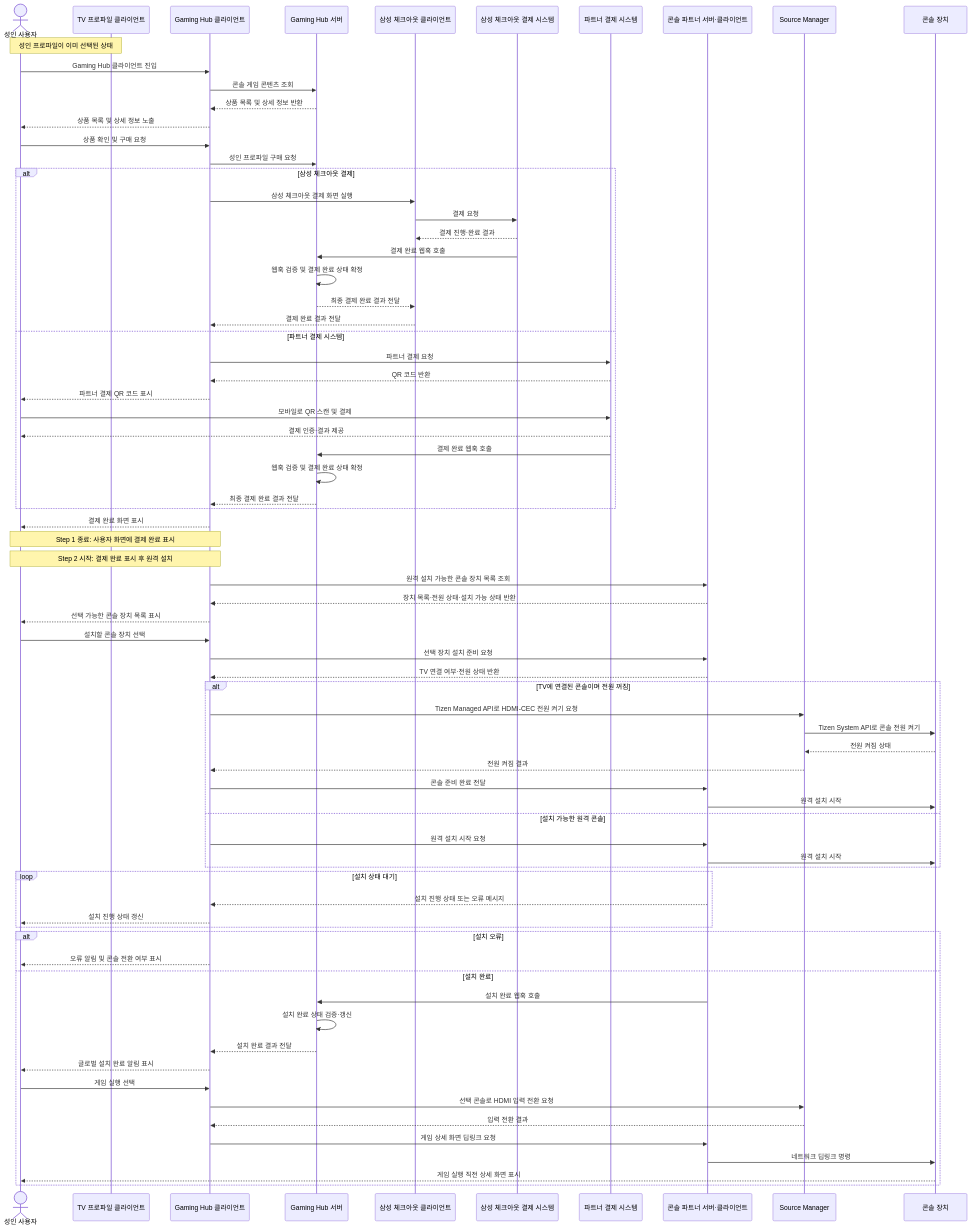
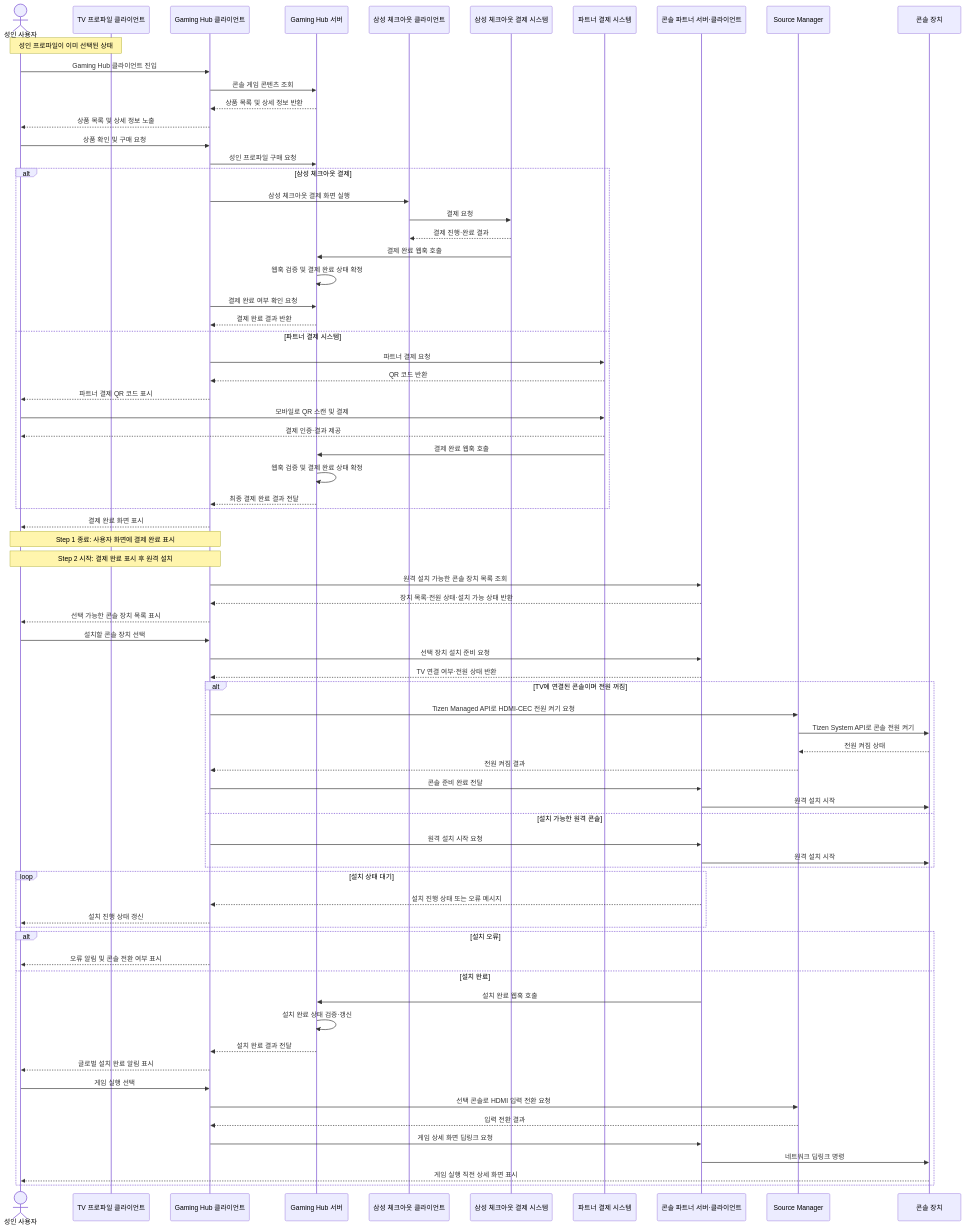
The second of 5 diagrams in docs/decision-point-2-architecture.md (seock04/gaming-hub-console-content), drawn with Mermaid before and after one commit.

Commit message:
Use client status check after checkout webhook

````diff
--- a/docs/decision-point-2-architecture.md
+++ b/docs/decision-point-2-architecture.md
@@ -105,77 +105,77 @@
 ```mermaid
 sequenceDiagram
     actor User as 성인 사용자
     participant Profile as TV 프로파일 클라이언트
     participant HubClient as Gaming Hub 클라이언트
     participant Hub as Gaming Hub 서버
     participant CheckoutClient as 삼성 체크아웃 클라이언트
     participant CheckoutServer as 삼성 체크아웃 결제 시스템
     participant PartnerPay as 파트너 결제 시스템
     participant Partner as 콘솔 파트너 서버·클라이언트
     participant SourceManager as Source Manager
     participant Console as 콘솔 장치
 
     Note over User,Profile: 성인 프로파일이 이미 선택된 상태
     User->>HubClient: Gaming Hub 클라이언트 진입
     HubClient->>Hub: 콘솔 게임 콘텐츠 조회
     Hub-->>HubClient: 상품 목록 및 상세 정보 반환
     HubClient-->>User: 상품 목록 및 상세 정보 노출
     User->>HubClient: 상품 확인 및 구매 요청
     HubClient->>Hub: 성인 프로파일 구매 요청
     alt 삼성 체크아웃 결제
         HubClient->>CheckoutClient: 삼성 체크아웃 결제 화면 실행
         CheckoutClient->>CheckoutServer: 결제 요청
         CheckoutServer-->>CheckoutClient: 결제 진행·완료 결과
         CheckoutServer->>Hub: 결제 완료 웹훅 호출
         Hub->>Hub: 웹훅 검증 및 결제 완료 상태 확정
-        Hub-->>CheckoutClient: 최종 결제 완료 결과 전달
-        CheckoutClient-->>HubClient: 결제 완료 결과 전달
+        HubClient->>Hub: 결제 완료 여부 확인 요청
+        Hub-->>HubClient: 결제 완료 결과 반환
     else 파트너 결제 시스템
         HubClient->>PartnerPay: 파트너 결제 요청
         PartnerPay-->>HubClient: QR 코드 반환
         HubClient-->>User: 파트너 결제 QR 코드 표시
         User->>PartnerPay: 모바일로 QR 스캔 및 결제
         PartnerPay-->>User: 결제 인증·결과 제공
         PartnerPay->>Hub: 결제 완료 웹훅 호출
         Hub->>Hub: 웹훅 검증 및 결제 완료 상태 확정
         Hub-->>HubClient: 최종 결제 완료 결과 전달
     end
     HubClient-->>User: 결제 완료 화면 표시
     Note over HubClient,User: Step 1 종료: 사용자 화면에 결제 완료 표시
     Note over HubClient,User: Step 2 시작: 결제 완료 표시 후 원격 설치
     HubClient->>Partner: 원격 설치 가능한 콘솔 장치 목록 조회
     Partner-->>HubClient: 장치 목록·전원 상태·설치 가능 상태 반환
     HubClient-->>User: 선택 가능한 콘솔 장치 목록 표시
     User->>HubClient: 설치할 콘솔 장치 선택
     HubClient->>Partner: 선택 장치 설치 준비 요청
     Partner-->>HubClient: TV 연결 여부·전원 상태 반환
     alt TV에 연결된 콘솔이며 전원 꺼짐
         HubClient->>SourceManager: Tizen Managed API로 HDMI-CEC 전원 켜기 요청
         SourceManager->>Console: Tizen System API로 콘솔 전원 켜기
         Console-->>SourceManager: 전원 켜짐 상태
         SourceManager-->>HubClient: 전원 켜짐 결과
         HubClient->>Partner: 콘솔 준비 완료 전달
         Partner->>Console: 원격 설치 시작
     else 설치 가능한 원격 콘솔
         HubClient->>Partner: 원격 설치 시작 요청
         Partner->>Console: 원격 설치 시작
     end
     loop 설치 상태 대기
         Partner-->>HubClient: 설치 진행 상태 또는 오류 메시지
         HubClient-->>User: 설치 진행 상태 갱신
     end
     alt 설치 오류
         HubClient-->>User: 오류 알림 및 콘솔 전환 여부 표시
     else 설치 완료
         Partner->>Hub: 설치 완료 웹훅 호출
         Hub->>Hub: 설치 완료 상태 검증·갱신
         Hub-->>HubClient: 설치 완료 결과 전달
         HubClient-->>User: 글로벌 설치 완료 알림 표시
         User->>HubClient: 게임 실행 선택
         HubClient->>SourceManager: 선택 콘솔로 HDMI 입력 전환 요청
         SourceManager-->>HubClient: 입력 전환 결과
         HubClient->>Partner: 게임 상세 화면 딥링크 요청
         Partner->>Console: 네트워크 딥링크 명령
         Console-->>User: 게임 실행 직전 상세 화면 표시
     end
 ```
````
